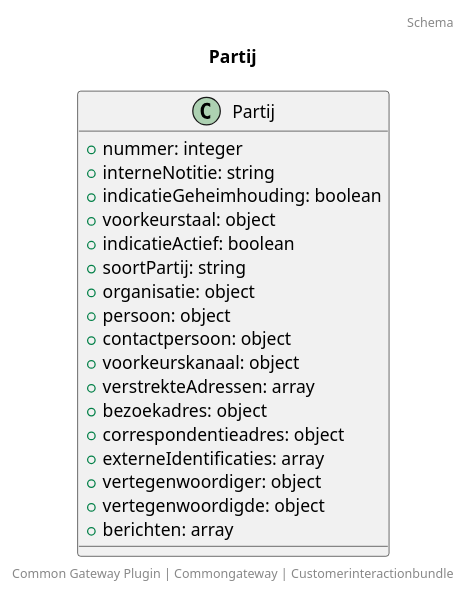
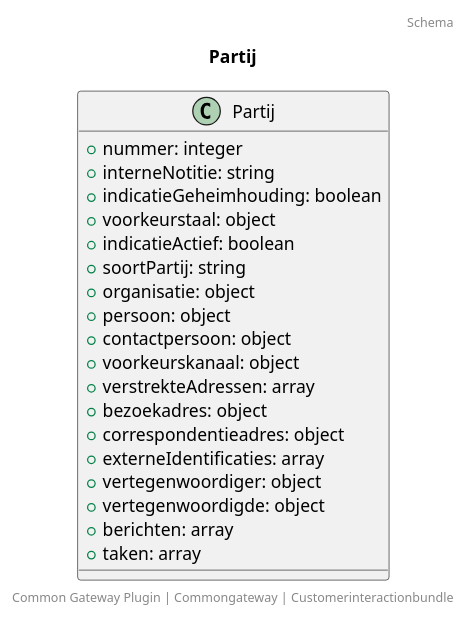
The diagram in docs/schema/klant.partij.puml (CommonGateway/CustomerInteractionBundle), drawn with PlantUML before and after one commit. The commit also changed 2 other files, not shown here.

```diff
--- a/docs/schema/klant.partij.puml
+++ b/docs/schema/klant.partij.puml
@@ -1,25 +1,26 @@
 @startuml
 title: Partij
 footer: Common Gateway Plugin | Commongateway | Customerinteractionbundle 
 header: Schema
 
 class Partij {
   + nummer: integer
   + interneNotitie: string
   + indicatieGeheimhouding: boolean
   + voorkeurstaal: object
   + indicatieActief: boolean
   + soortPartij: string
   + organisatie: object
   + persoon: object
   + contactpersoon: object
   + voorkeurskanaal: object
   + verstrekteAdressen: array
   + bezoekadres: object
   + correspondentieadres: object
   + externeIdentificaties: array
   + vertegenwoordiger: object
   + vertegenwoordigde: object
   + berichten: array
+  + taken: array
 }
 @enduml
```
